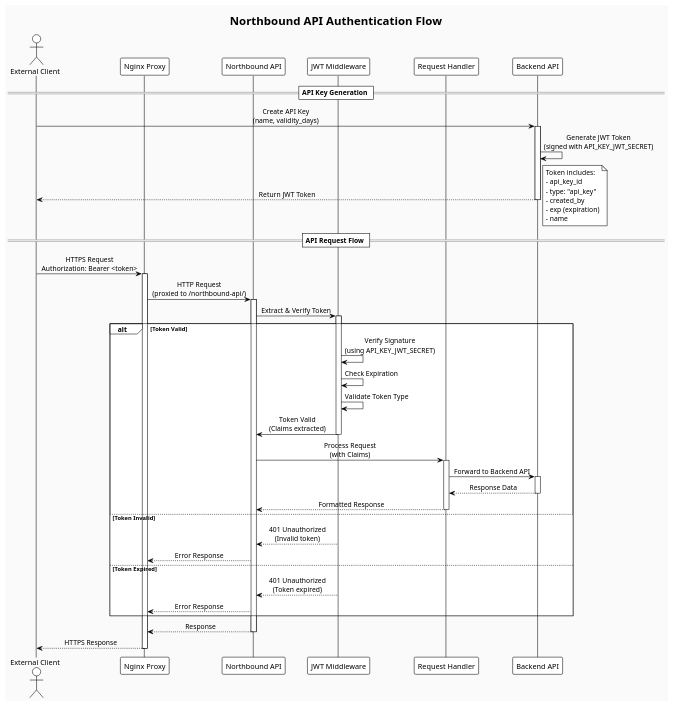
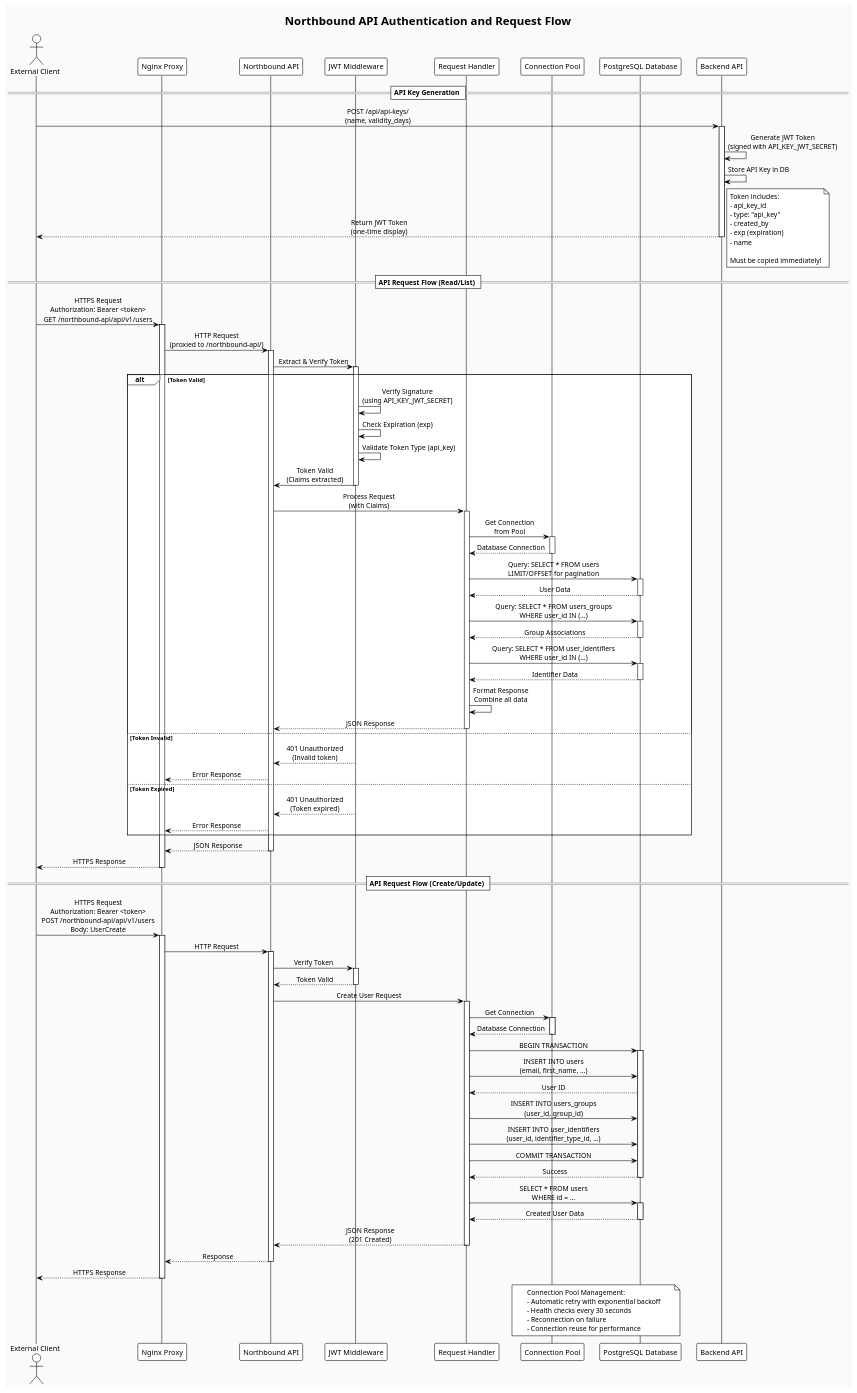
One commit to ilinaya/OpenRDX changed the diagram in docs/diagrams/northbound-api-authentication-flow.puml. Above: the diagram before and after it, drawn with PlantUML. The commit also changed 4 other files, not shown here.

Commit message:
update API documentation diagrams to include connection pooling, CRUD operations, and expanded endpoint details

```diff
--- a/docs/diagrams/northbound-api-authentication-flow.puml
+++ b/docs/diagrams/northbound-api-authentication-flow.puml
@@ -1,62 +1,131 @@
 @startuml Northbound API Authentication Flow
 !theme plain
 skinparam backgroundColor #FAFAFA
 skinparam sequenceMessageAlign center
 
-title Northbound API Authentication Flow
+title Northbound API Authentication and Request Flow
 
 actor "External Client" as Client
 participant "Nginx Proxy" as Nginx
 participant "Northbound API" as API
 participant "JWT Middleware" as JWT
 participant "Request Handler" as Handler
+participant "Connection Pool" as Pool
+participant "PostgreSQL Database" as DB
 participant "Backend API" as Backend
 
 == API Key Generation ==
-Client -> Backend: Create API Key\n(name, validity_days)
+Client -> Backend: POST /api/api-keys/\n(name, validity_days)
 activate Backend
 Backend -> Backend: Generate JWT Token\n(signed with API_KEY_JWT_SECRET)
-Backend --> Client: Return JWT Token
+Backend -> Backend: Store API Key in DB
+Backend --> Client: Return JWT Token\n(one-time display)
 deactivate Backend
-note right: Token includes:\n- api_key_id\n- type: "api_key"\n- created_by\n- exp (expiration)\n- name
+note right: Token includes:\n- api_key_id\n- type: "api_key"\n- created_by\n- exp (expiration)\n- name\n\nMust be copied immediately!
 
-== API Request Flow ==
-Client -> Nginx: HTTPS Request\nAuthorization: Bearer <token>
+== API Request Flow (Read/List) ==
+Client -> Nginx: HTTPS Request\nAuthorization: Bearer <token>\nGET /northbound-api/api/v1/users
 activate Nginx
 Nginx -> API: HTTP Request\n(proxied to /northbound-api/)
 activate API
 
 API -> JWT: Extract & Verify Token
 activate JWT
 
 alt Token Valid
   JWT -> JWT: Verify Signature\n(using API_KEY_JWT_SECRET)
-  JWT -> JWT: Check Expiration
-  JWT -> JWT: Validate Token Type
+  JWT -> JWT: Check Expiration (exp)
+  JWT -> JWT: Validate Token Type (api_key)
   JWT -> API: Token Valid\n(Claims extracted)
   deactivate JWT
   
   API -> Handler: Process Request\n(with Claims)
   activate Handler
-  Handler -> Backend: Forward to Backend API
-  activate Backend
-  Backend --> Handler: Response Data
-  deactivate Backend
-  Handler --> API: Formatted Response
+  Handler -> Pool: Get Connection\nfrom Pool
+  activate Pool
+  Pool --> Handler: Database Connection
+  deactivate Pool
+  
+  Handler -> DB: Query: SELECT * FROM users\nLIMIT/OFFSET for pagination
+  activate DB
+  DB --> Handler: User Data
+  deactivate DB
+  
+  Handler -> DB: Query: SELECT * FROM users_groups\nWHERE user_id IN (...)
+  activate DB
+  DB --> Handler: Group Associations
+  deactivate DB
+  
+  Handler -> DB: Query: SELECT * FROM user_identifiers\nWHERE user_id IN (...)
+  activate DB
+  DB --> Handler: Identifier Data
+  deactivate DB
+  
+  Handler -> Handler: Format Response\nCombine all data
+  Handler --> API: JSON Response
   deactivate Handler
 else Token Invalid
   JWT --> API: 401 Unauthorized\n(Invalid token)
   deactivate JWT
   API --> Nginx: Error Response
 else Token Expired
   JWT --> API: 401 Unauthorized\n(Token expired)
   deactivate JWT
   API --> Nginx: Error Response
 end
 
+API --> Nginx: JSON Response
+deactivate API
+Nginx --> Client: HTTPS Response
+deactivate Nginx
+
+== API Request Flow (Create/Update) ==
+Client -> Nginx: HTTPS Request\nAuthorization: Bearer <token>\nPOST /northbound-api/api/v1/users\nBody: UserCreate
+activate Nginx
+Nginx -> API: HTTP Request
+activate API
+
+API -> JWT: Verify Token
+activate JWT
+JWT --> API: Token Valid
+deactivate JWT
+
+API -> Handler: Create User Request
+activate Handler
+
+Handler -> Pool: Get Connection
+activate Pool
+Pool --> Handler: Database Connection
+deactivate Pool
+
+Handler -> DB: BEGIN TRANSACTION
+activate DB
+Handler -> DB: INSERT INTO users\n(email, first_name, ...)
+DB --> Handler: User ID
+Handler -> DB: INSERT INTO users_groups\n(user_id, group_id)
+Handler -> DB: INSERT INTO user_identifiers\n(user_id, identifier_type_id, ...)
+Handler -> DB: COMMIT TRANSACTION
+DB --> Handler: Success
+deactivate DB
+
+Handler -> DB: SELECT * FROM users\nWHERE id = ...
+activate DB
+DB --> Handler: Created User Data
+deactivate DB
+
+Handler --> API: JSON Response\n(201 Created)
+deactivate Handler
 API --> Nginx: Response
 deactivate API
 Nginx --> Client: HTTPS Response
 deactivate Nginx
 
+note over Pool,DB
+  Connection Pool Management:
+  - Automatic retry with exponential backoff
+  - Health checks every 30 seconds
+  - Reconnection on failure
+  - Connection reuse for performance
+end note
+
 @enduml
```
